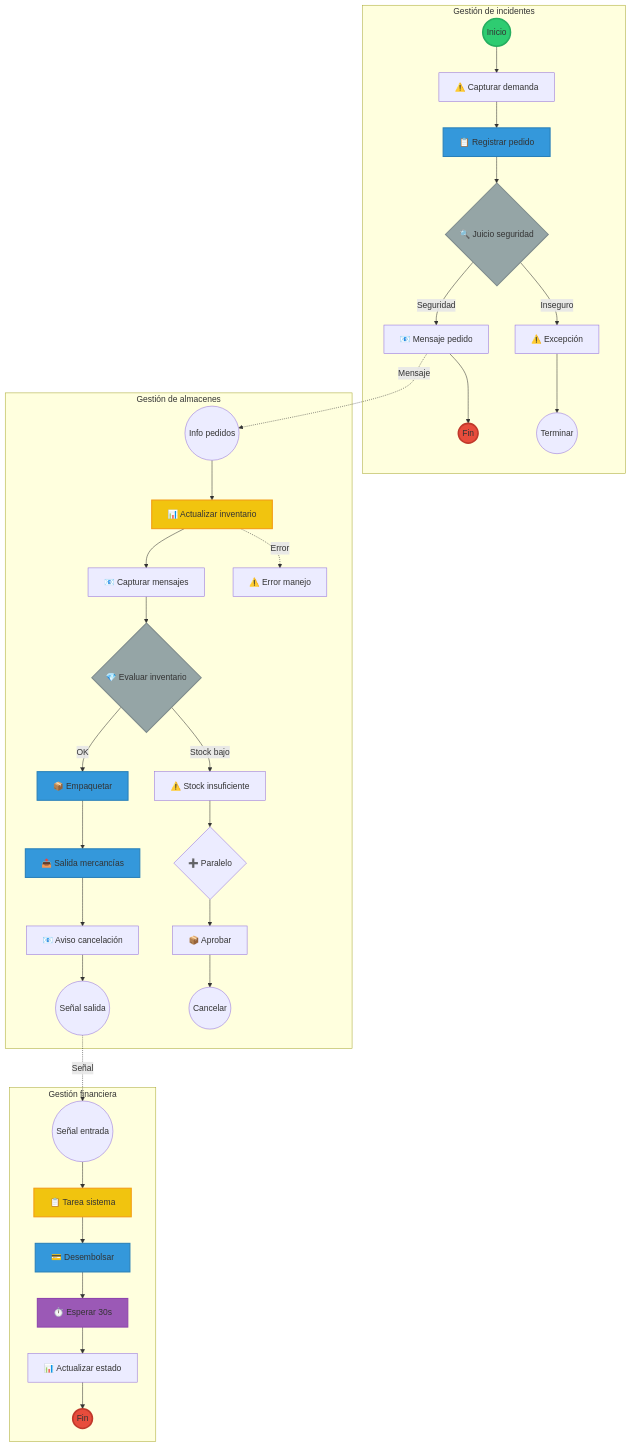
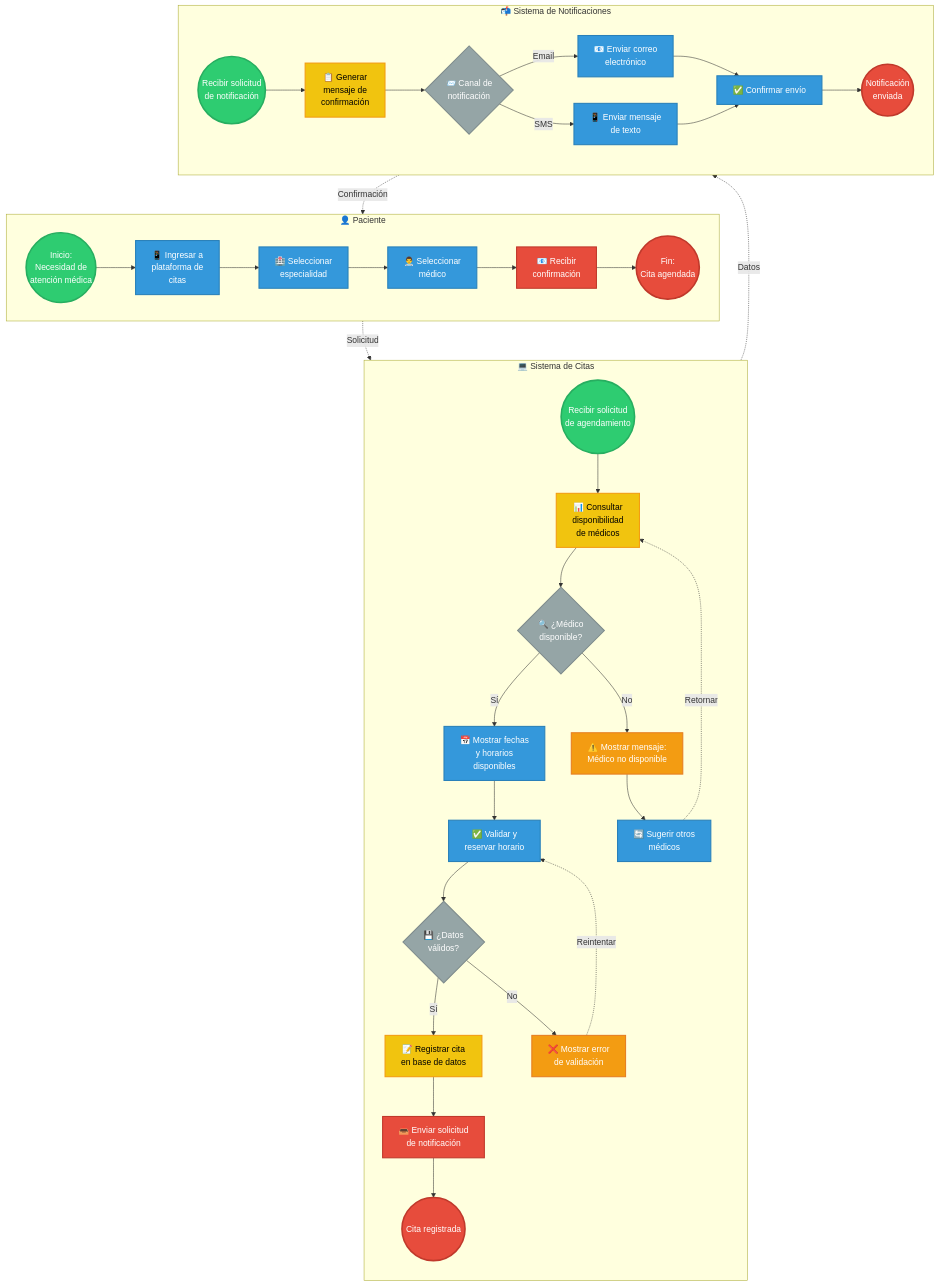
The diagram in clase/modelo-bpmn.md (Juan-Abril21/Taller1-arqEmp), drawn with Mermaid before and after one commit. The commit also changed other lines of this file and 4 other files, not shown here.

````diff
--- a/clase/modelo-bpmn.md
+++ b/clase/modelo-bpmn.md
@@ -120,53 +22,71 @@
 ```mermaid
 graph TB
-    subgraph "Gestión de incidentes"
-        A1((Inicio)) --> A2["⚠️ Capturar demanda"]
-        A2 --> A3["📋 Registrar pedido"]
-        A3 --> A4{"🔍 Juicio seguridad"}
-        A4 -->|Seguridad| A5["📧 Mensaje pedido"]
-        A4 -->|Inseguro| A6["⚠️ Excepción"]
-        A5 --> A7((Fin))
-        A6 --> A8((Terminar))
+    subgraph paciente["👤 Paciente"]
+        direction LR
+        A1((Inicio:<br/>Necesidad de<br/>atención médica)) --> A2["📱 Ingresar a<br/>plataforma de<br/>citas"]
+        A2 --> A3["🏥 Seleccionar<br/>especialidad"]
+        A3 --> A4["👨‍⚕️ Seleccionar<br/>médico"]
+        A4 --> A5["📧 Recibir<br/>confirmación"]
+        A5 --> A6((Fin:<br/>Cita agendada))
     end
     
-    subgraph "Gestión de almacenes"
-        B1((Info pedidos)) --> B2["📊 Actualizar inventario"]
-        B2 --> B3["📧 Capturar mensajes"]
-        B2 -.Error.-> B4["⚠️ Error manejo"]
-        B3 --> B5{"💎 Evaluar inventario"}
-        B5 -->|OK| B6["📦 Empaquetar"]
-        B6 --> B7["📤 Salida mercancías"]
-        B7 --> B8["📧 Aviso cancelación"]
-        B8 --> B9((Señal salida))
-        B5 -->|Stock bajo| B10["⚠️ Stock insuficiente"]
-        B10 --> B11{"➕ Paralelo"}
-        B11 --> B12["📦 Aprobar"]
-        B12 --> B13((Cancelar))
+    subgraph sistema["💻 Sistema de Citas"]
+        direction TB
+        B1((Recibir solicitud<br/>de agendamiento)) --> B2["📊 Consultar<br/>disponibilidad<br/>de médicos"]
+        B2 --> B3{"🔍 ¿Médico<br/>disponible?"}
+        B3 -->|Sí| B4["📅 Mostrar fechas<br/>y horarios<br/>disponibles"]
+        B3 -->|No| B5["⚠️ Mostrar mensaje:<br/>Médico no disponible"]
+        B5 --> B6["🔄 Sugerir otros<br/>médicos"]
+        B6 -.Retornar.-> B2
+        B4 --> B7["✅ Validar y<br/>reservar horario"]
+        B7 --> B8{"💾 ¿Datos<br/>válidos?"}
+        B8 -->|Sí| B9["📝 Registrar cita<br/>en base de datos"]
+        B8 -->|No| B10["❌ Mostrar error<br/>de validación"]
+        B10 -.Reintentar.-> B7
+        B9 --> B11["📤 Enviar solicitud<br/>de notificación"]
+        B11 --> B12((Cita registrada))
     end
     
-    subgraph "Gestión financiera"
-        C1((Señal entrada)) --> C2["📋 Tarea sistema"]
-        C2 --> C3["💳 Desembolsar"]
-        C3 --> C4["⏱️ Esperar 30s"]
-        C4 --> C5["📊 Actualizar estado"]
-        C5 --> C6((Fin))
+    subgraph notificaciones["📬 Sistema de Notificaciones"]
+        direction LR
+        C1((Recibir solicitud<br/>de notificación)) --> C2["📋 Generar<br/>mensaje de<br/>confirmación"]
+        C2 --> C3{"📨 Canal de<br/>notificación"}
+        C3 -->|Email| C4["📧 Enviar correo<br/>electrónico"]
+        C3 -->|SMS| C5["📱 Enviar mensaje<br/>de texto"]
+        C4 --> C6["✅ Confirmar envío"]
+        C5 --> C6
+        C6 --> C7((Notificación<br/>enviada))
     end
     
-    A5 -.Mensaje.-> B1
-    B9 -.Señal.-> C1
+    A4 -.Solicitud.-> B1
+    B11 -.Datos.-> C1
+    C6 -.Confirmación.-> A5
     
-    style A1 fill:#2ecc71,stroke:#27ae60,stroke-width:3px
-    style A3 fill:#3498db,stroke:#2980b9,stroke-width:2px
-    style A4 fill:#95a5a6,stroke:#7f8c8d,stroke-width:2px
-    style A7 fill:#e74c3c,stroke:#c0392b,stroke-width:3px
+    style A1 fill:#2ecc71,stroke:#27ae60,stroke-width:3px,color:#fff
+    style A2 fill:#3498db,stroke:#2980b9,stroke-width:2px,color:#fff
+    style A3 fill:#3498db,stroke:#2980b9,stroke-width:2px,color:#fff
+    style A4 fill:#3498db,stroke:#2980b9,stroke-width:2px,color:#fff
+    style A5 fill:#e74c3c,stroke:#c0392b,stroke-width:2px,color:#fff
+    style A6 fill:#e74c3c,stroke:#c0392b,stroke-width:3px,color:#fff
     
-    style B2 fill:#f1c40f,stroke:#f39c12,stroke-width:2px
-    style B5 fill:#95a5a6,stroke:#7f8c8d,stroke-width:2px
-    style B6 fill:#3498db,stroke:#2980b9,stroke-width:2px
-    style B7 fill:#3498db,stroke:#2980b9,stroke-width:2px
+    style B1 fill:#2ecc71,stroke:#27ae60,stroke-width:3px,color:#fff
+    style B2 fill:#f1c40f,stroke:#f39c12,stroke-width:2px,color:#000
+    style B3 fill:#95a5a6,stroke:#7f8c8d,stroke-width:2px,color:#fff
+    style B4 fill:#3498db,stroke:#2980b9,stroke-width:2px,color:#fff
+    style B5 fill:#f39c12,stroke:#e67e22,stroke-width:2px,color:#fff
+    style B6 fill:#3498db,stroke:#2980b9,stroke-width:2px,color:#fff
+    style B7 fill:#3498db,stroke:#2980b9,stroke-width:2px,color:#fff
+    style B8 fill:#95a5a6,stroke:#7f8c8d,stroke-width:2px,color:#fff
+    style B9 fill:#f1c40f,stroke:#f39c12,stroke-width:2px,color:#000
+    style B10 fill:#f39c12,stroke:#e67e22,stroke-width:2px,color:#fff
+    style B11 fill:#e74c3c,stroke:#c0392b,stroke-width:2px,color:#fff
+    style B12 fill:#e74c3c,stroke:#c0392b,stroke-width:3px,color:#fff
     
-    style C2 fill:#f1c40f,stroke:#f39c12,stroke-width:2px
-    style C3 fill:#3498db,stroke:#2980b9,stroke-width:2px
-    style C4 fill:#9b59b6,stroke:#8e44ad,stroke-width:2px
-    style C6 fill:#e74c3c,stroke:#c0392b,stroke-width:3px
+    style C1 fill:#2ecc71,stroke:#27ae60,stroke-width:3px,color:#fff
+    style C2 fill:#f1c40f,stroke:#f39c12,stroke-width:2px,color:#000
+    style C3 fill:#95a5a6,stroke:#7f8c8d,stroke-width:2px,color:#fff
+    style C4 fill:#3498db,stroke:#2980b9,stroke-width:2px,color:#fff
+    style C5 fill:#3498db,stroke:#2980b9,stroke-width:2px,color:#fff
+    style C6 fill:#3498db,stroke:#2980b9,stroke-width:2px,color:#fff
+    style C7 fill:#e74c3c,stroke:#c0392b,stroke-width:3px,color:#fff
 ```
````
